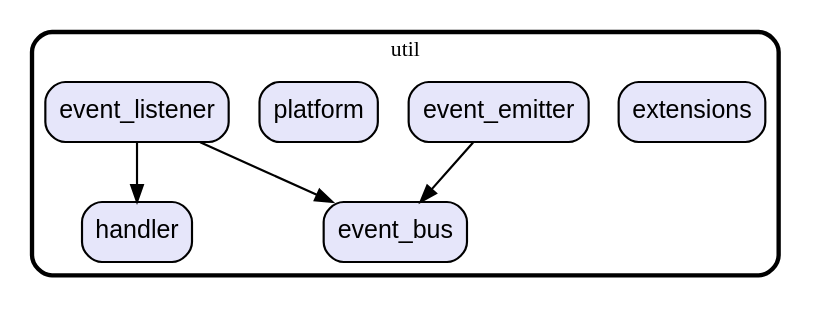
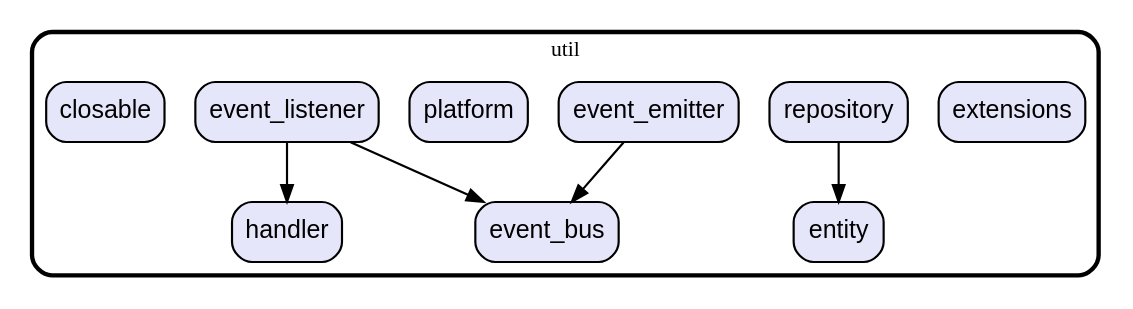
Before and after one commit to gev/reacthome-mobile: the diagram in graph/lib/util.dot, drawn with Graphviz. The commit also changed 22 other files, not shown here.

Commit message:
update dependencies graph

```diff
--- a/graph/lib/util.dot
+++ b/graph/lib/util.dot
@@ -1,23 +1,30 @@
 digraph "" {
   graph [style=rounded fontname="Arial Black" fontsize=13 penwidth=2.6];
   node [shape=rect style="filled,rounded" fontname=Arial fontsize=15 fillcolor=Lavender penwidth=1.3];
   edge [penwidth=1.3];
   "/handler.dart" [label="handler"];
   "/event_bus.dart" [label="event_bus"];
   "/extensions.dart" [label="extensions"];
+  "/repository.dart" [label="repository"];
   "/event_emitter.dart" [label="event_emitter"];
   "/platform.dart" [label="platform"];
   "/event_listener.dart" [label="event_listener"];
+  "/closable.dart" [label="closable"];
+  "/entity.dart" [label="entity"];
   subgraph "cluster~" {
     label="util";
     "/handler.dart";
     "/event_bus.dart";
     "/extensions.dart";
+    "/repository.dart";
     "/event_emitter.dart";
     "/platform.dart";
     "/event_listener.dart";
+    "/closable.dart";
+    "/entity.dart";
   }
+  "/repository.dart" -> "/entity.dart";
   "/event_emitter.dart" -> "/event_bus.dart";
   "/event_listener.dart" -> "/event_bus.dart";
   "/event_listener.dart" -> "/handler.dart";
 }
```
